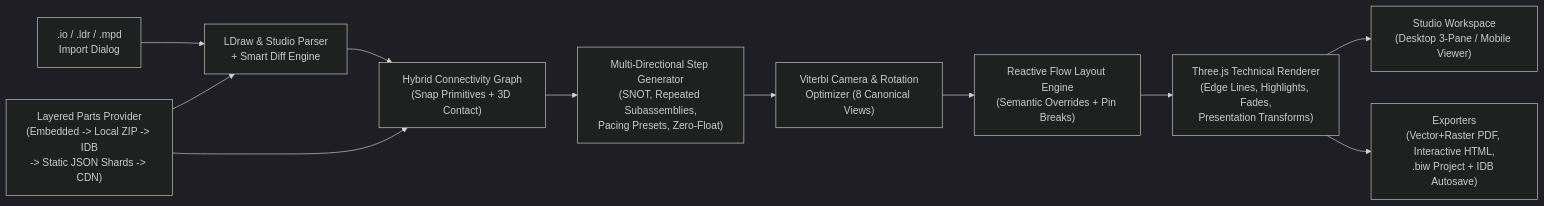
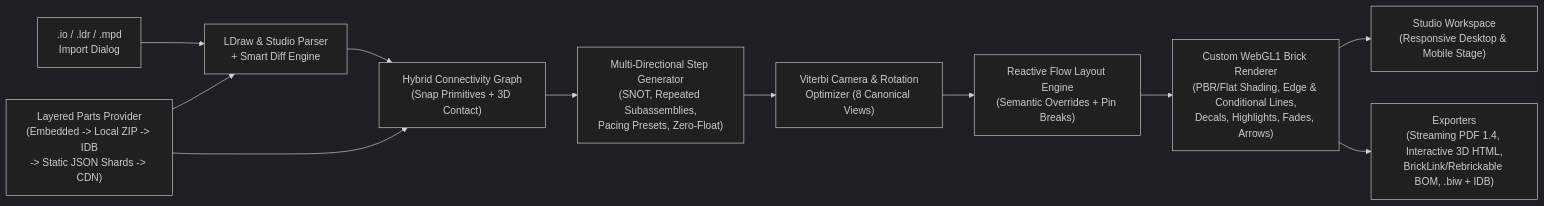
Before and after one commit to star4z/Brick-Instruction-Creator: the diagram in docs/ARCHITECTURE.md, drawn with Mermaid (dark theme). The commit also changed other lines of this file and 30 other files, not shown here.

Commit message:
Remove unused React/Three/jsPDF stack (0 prod CVEs), add CSP & LDraw BFC/parser fixes, replace prompt(), speed up large HTML export

````diff
--- a/docs/ARCHITECTURE.md
+++ b/docs/ARCHITECTURE.md
@@ -18,13 +18,13 @@
 ```mermaid
 flowchart LR
     Input[".io / .ldr / .mpd\nImport Dialog"] --> Parser["LDraw & Studio Parser\n+ Smart Diff Engine"]
     Parts["Layered Parts Provider\n(Embedded -> Local ZIP -> IDB\n-> Static JSON Shards -> CDN)"] --> Parser
     Parts --> Conn["Hybrid Connectivity Graph\n(Snap Primitives + 3D Contact)"]
     Parser --> Conn
     Conn --> StepGen["Multi-Directional Step Generator\n(SNOT, Repeated Subassemblies,\nPacing Presets, Zero-Float)"]
     StepGen --> CamOpt["Viterbi Camera & Rotation\nOptimizer (8 Canonical Views)"]
     CamOpt --> Layout["Reactive Flow Layout Engine\n(Semantic Overrides + Pin Breaks)"]
-    Layout --> Renderer["Three.js Technical Renderer\n(Edge Lines, Highlights, Fades,\nPresentation Transforms)"]
-    Renderer --> UI["Studio Workspace\n(Desktop 3-Pane / Mobile Viewer)"]
-    Renderer --> Export["Exporters\n(Vector+Raster PDF, Interactive HTML,\n.biw Project + IDB Autosave)"]
+    Layout --> Renderer["Custom WebGL1 Brick Renderer\n(PBR/Flat Shading, Edge & Conditional Lines,\nDecals, Highlights, Fades, Arrows)"]
+    Renderer --> UI["Studio Workspace\n(Responsive Desktop & Mobile Stage)"]
+    Renderer --> Export["Exporters\n(Streaming PDF 1.4, Interactive 3D HTML,\nBrickLink/Rebrickable BOM, .biw + IDB)"]
 ```
````
